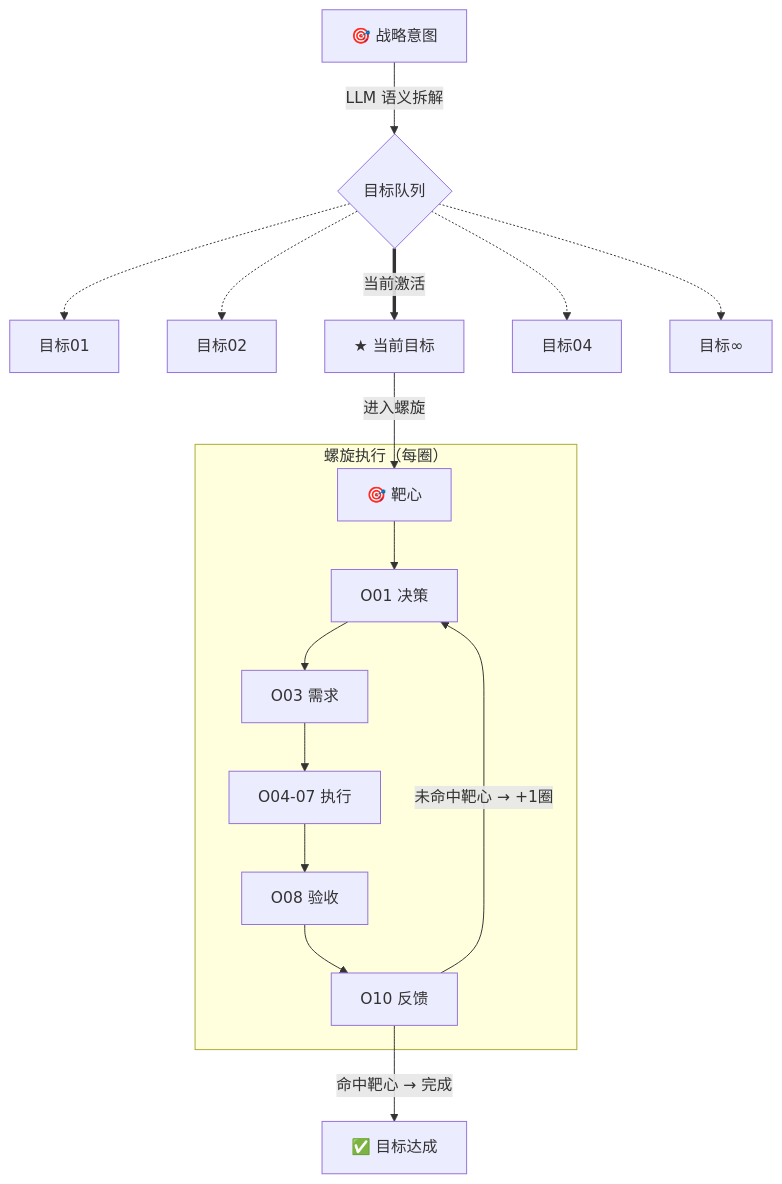
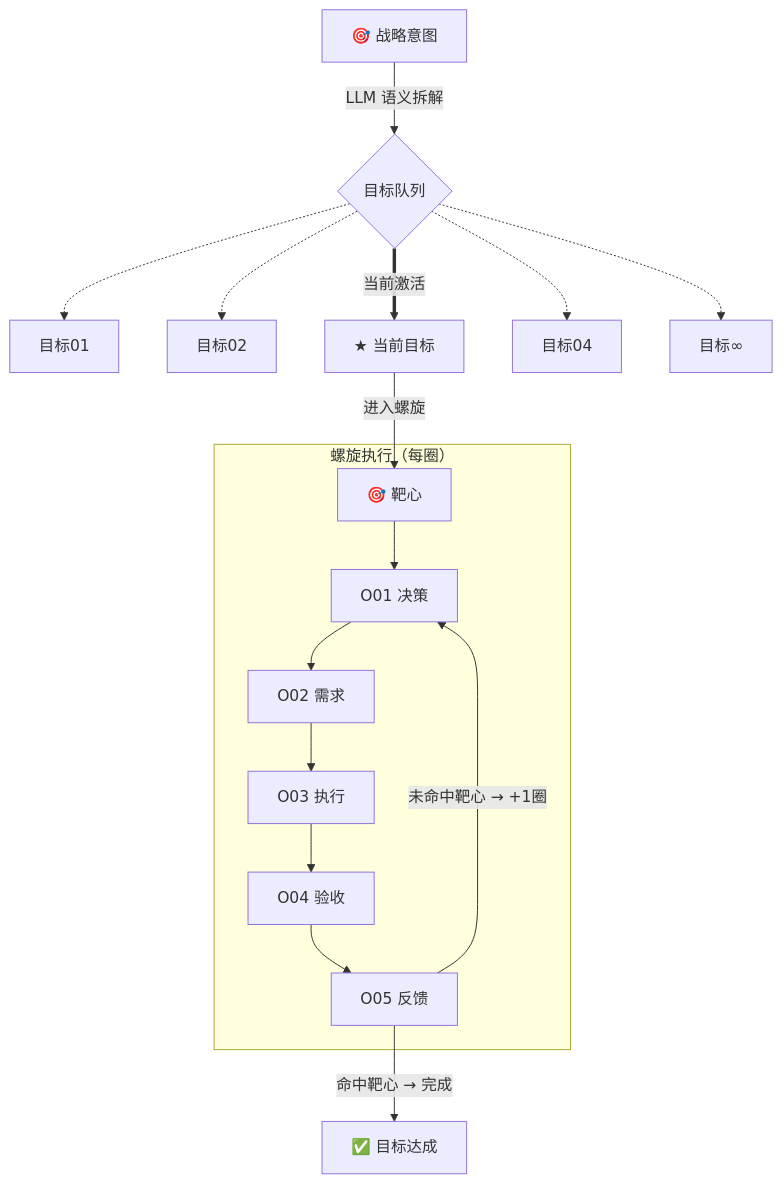
One commit to opc-x/taskbus changed the first of 2 diagrams in PROTOCOL.md. Above: the diagram before and after it, drawn with Mermaid. The commit also changed other lines of this file, not shown here.

Commit message:
fix: renumber nodes O01-O05 sequentially

````diff
--- a/PROTOCOL.md
+++ b/PROTOCOL.md
@@ -5,21 +5,21 @@
 ```mermaid
 graph TD
     S["🎯 战略意图"] -->|LLM 语义拆解| TQ{目标队列}
     TQ -.-> T1["目标01"]
     TQ -.-> T2["目标02"]
     TQ ==>|当前激活| TC["★ 当前目标"]
     TQ -.-> T4["目标04"]
     TQ -.-> T5["目标∞"]
     TC -->|进入螺旋| H["🎯 靶心"]
 
     subgraph spiral["螺旋执行（每圈）"]
         H --> O01["O01 决策"]
-        O01 --> O03["O03 需求"]
-        O03 --> O0407["O04-07 执行"]
-        O0407 --> O08["O08 验收"]
-        O08 --> O10["O10 反馈"]
+        O01 --> O02["O02 需求"]
+        O02 --> O03["O03 执行"]
+        O03 --> O04["O04 验收"]
+        O04 --> O05["O05 反馈"]
     end
 
-    O10 -->|"未命中靶心 → +1圈"| O01
-    O10 -->|"命中靶心 → 完成"| DONE["✅ 目标达成"]
+    O05 -->|"未命中靶心 → +1圈"| O01
+    O05 -->|"命中靶心 → 完成"| DONE["✅ 目标达成"]
 ```
````
